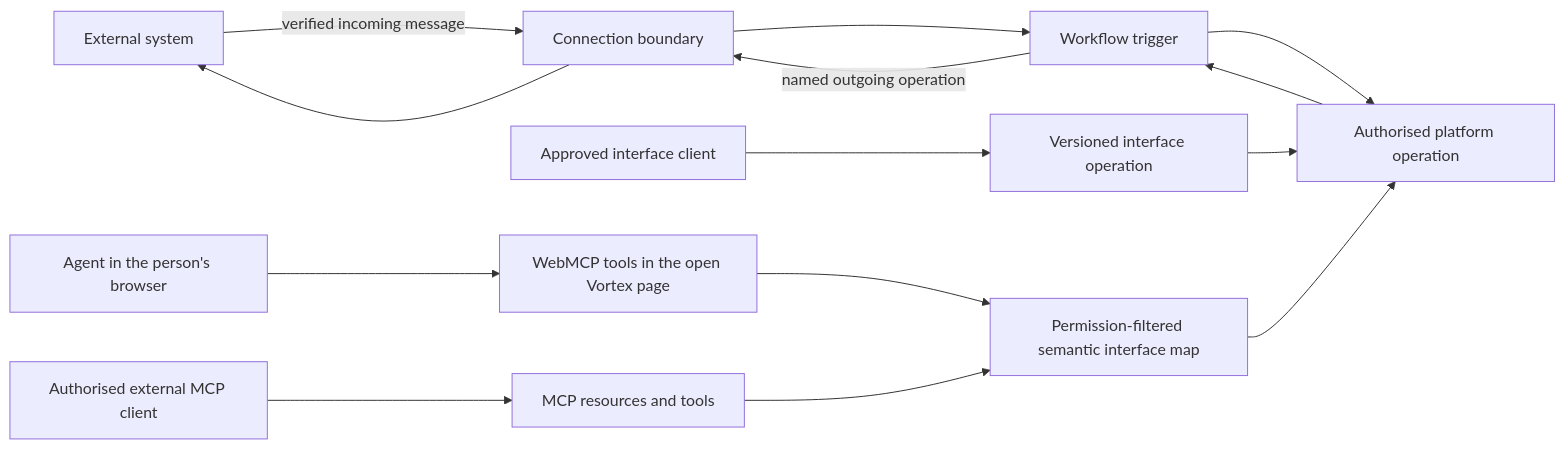
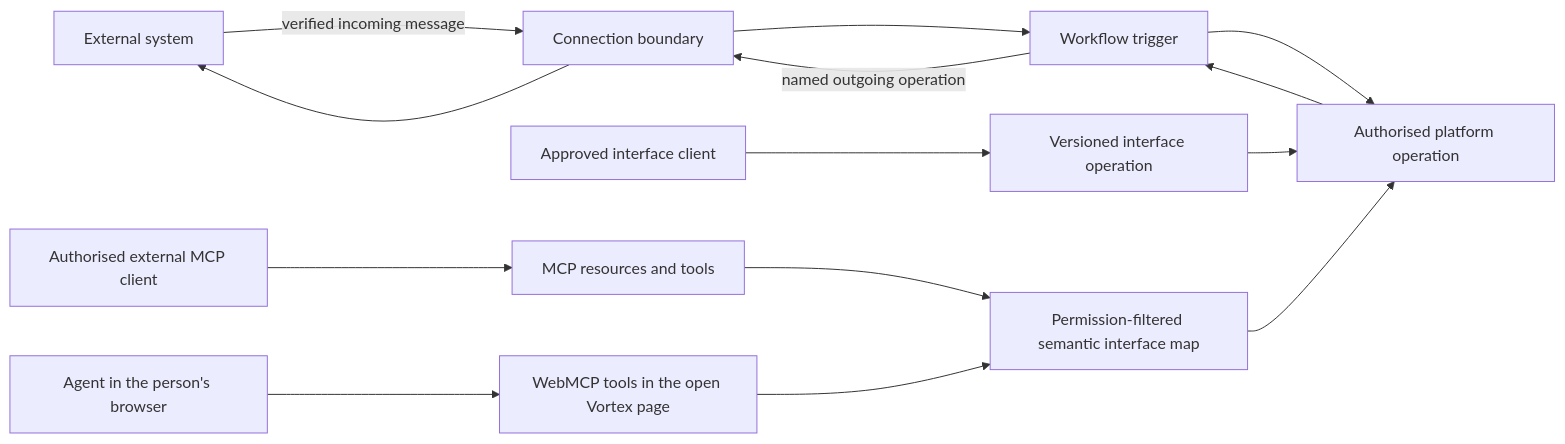
One commit to Abzum-NZ/Abzum-Vortex changed the first of 3 diagrams in docs/specification/12-connections-and-interfaces.md. Above: the diagram before and after it, drawn with Mermaid. The commit also changed other lines of this file and 1 other file, not shown here.

Commit message:
docs(spec): align WebMCP and tool-bundle rules with MCP boundaries

````diff
--- a/docs/specification/12-connections-and-interfaces.md
+++ b/docs/specification/12-connections-and-interfaces.md
@@ -9,16 +9,16 @@
 ```mermaid
 flowchart LR
     EXT[External system] -->|verified incoming message| EDGE[Connection boundary]
     EDGE --> FLOW[Workflow trigger]
     FLOW --> DATA[Authorised platform operation]
     DATA --> FLOW
     FLOW -->|named outgoing operation| EDGE
     EDGE --> EXT
     CLIENT[Approved interface client] --> API[Versioned interface operation]
     API --> DATA
     AGENT[Authorised external MCP client] --> MCP[MCP resources and tools]
     BROWSER[Agent in the person's browser] --> WEBMCP[WebMCP tools in the open Vortex page]
+    MCP --> VIEW[Permission-filtered semantic interface map]
     WEBMCP --> VIEW
-    MCP --> VIEW[Permission-filtered semantic interface map]
     VIEW --> DATA
 ```
````
